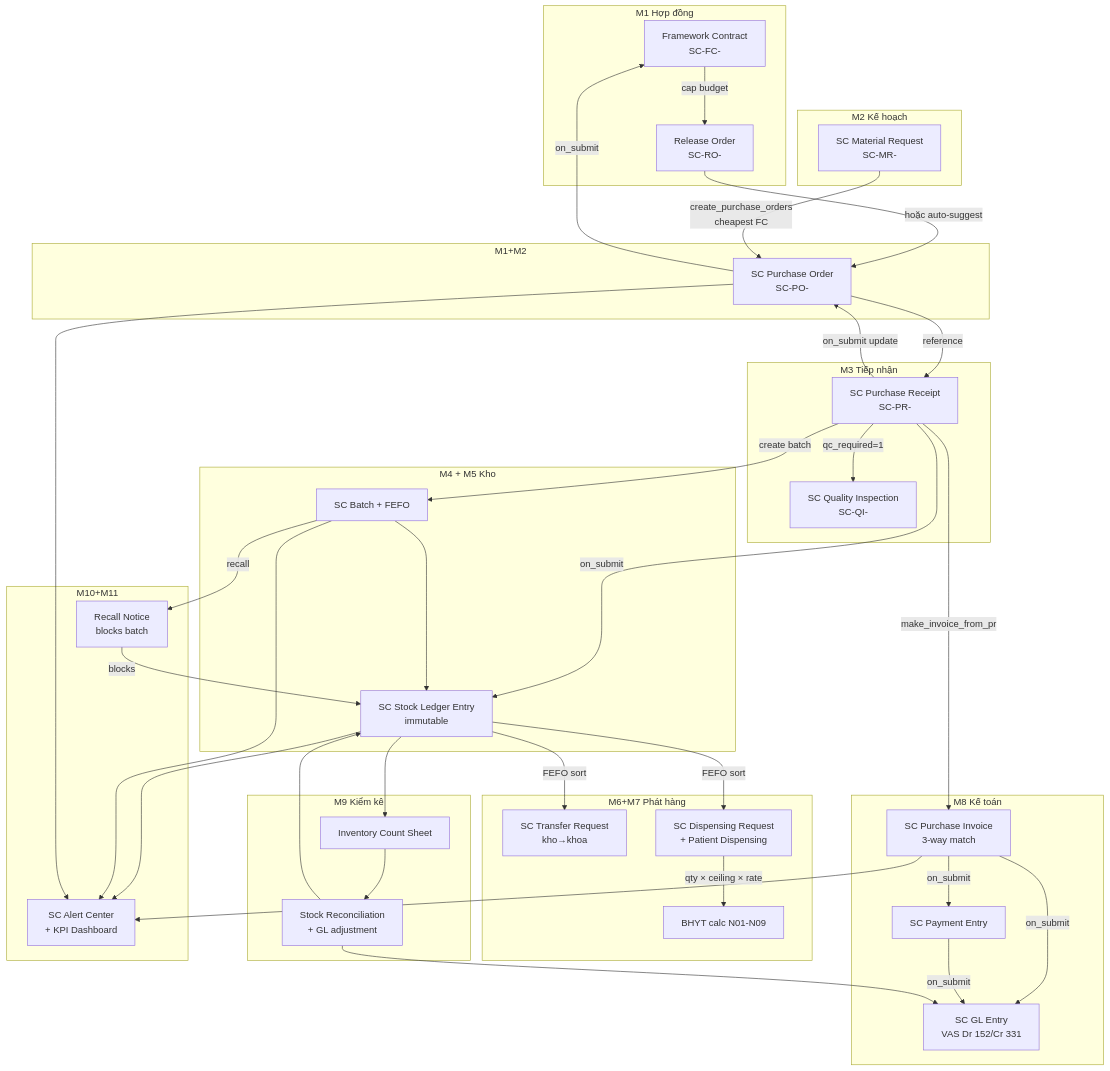
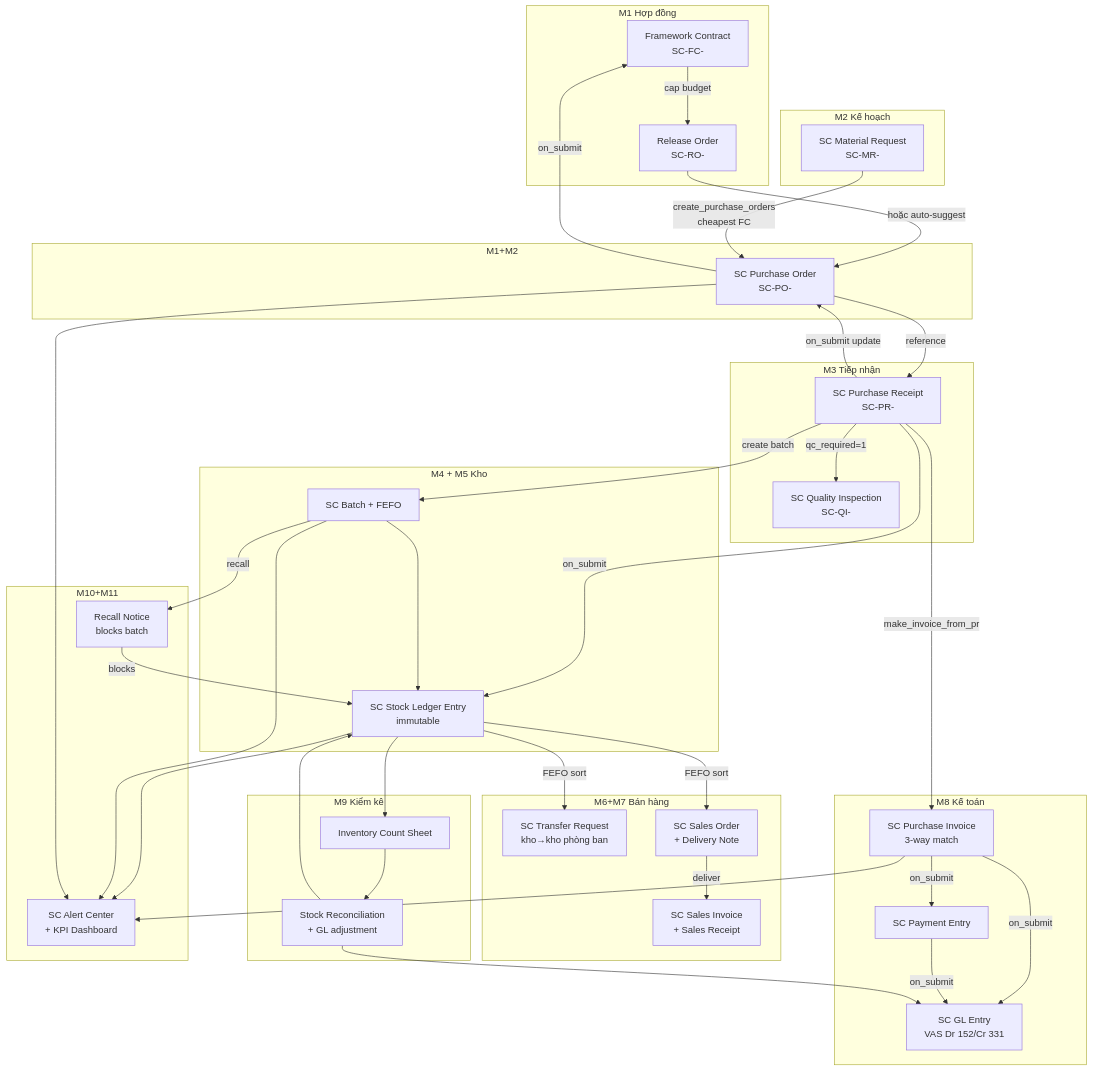
The diagram in FLOW.md (mvl26/supplycore), drawn with Mermaid before and after one commit. The commit also changed other lines of this file and 25 other files, not shown here.

First line of the commit message:
chore(mvl): rebrand Miyano + reseed kho/phòng phân phối

````diff
--- a/FLOW.md
+++ b/FLOW.md
@@ -7,75 +7,75 @@
 ```mermaid
 flowchart TD
     subgraph "M1 Hợp đồng"
         FC[Framework Contract<br/>SC-FC-]
         RO[Release Order<br/>SC-RO-]
     end
 
     subgraph "M2 Kế hoạch"
         MR[SC Material Request<br/>SC-MR-]
     end
 
     subgraph "M1+M2"
         PO[SC Purchase Order<br/>SC-PO-]
     end
 
     subgraph "M3 Tiếp nhận"
         PR[SC Purchase Receipt<br/>SC-PR-]
         QI[SC Quality Inspection<br/>SC-QI-]
     end
 
     subgraph "M4 + M5 Kho"
         SLE[SC Stock Ledger Entry<br/>immutable]
         BATCH[SC Batch + FEFO]
     end
 
-    subgraph "M6+M7 Phát hàng"
-        TR[SC Transfer Request<br/>kho→khoa]
-        DR[SC Dispensing Request<br/>+ Patient Dispensing]
-        BHYT[BHYT calc N01-N09]
+    subgraph "M6+M7 Bán hàng"
+        TR[SC Transfer Request<br/>kho→kho phòng ban]
+        SO[SC Sales Order<br/>+ Delivery Note]
+        SI[SC Sales Invoice<br/>+ Sales Receipt]
     end
 
     subgraph "M8 Kế toán"
         PI[SC Purchase Invoice<br/>3-way match]
         PE[SC Payment Entry]
         GL[SC GL Entry<br/>VAS Dr 152/Cr 331]
     end
 
     subgraph "M9 Kiểm kê"
         ICS[Inventory Count Sheet]
         SR[Stock Reconciliation<br/>+ GL adjustment]
     end
 
     subgraph "M10+M11"
         RCL[Recall Notice<br/>blocks batch]
         ALERT[SC Alert Center<br/>+ KPI Dashboard]
     end
 
     FC -->|cap budget| RO
     RO -->|hoặc auto-suggest| PO
     MR -->|create_purchase_orders<br/>cheapest FC| PO
     PO -->|on_submit| FC
     PO -->|reference| PR
     PR -->|on_submit| SLE
     PR -->|qc_required=1| QI
     PR -->|on_submit update| PO
     PR -->|make_invoice_from_pr| PI
     PR -->|create batch| BATCH
     BATCH --> SLE
     SLE -->|FEFO sort| TR
-    SLE -->|FEFO sort| DR
-    DR -->|qty × ceiling × rate| BHYT
+    SLE -->|FEFO sort| SO
+    SO -->|deliver| SI
     PI -->|on_submit| GL
     PI -->|on_submit| PE
     PE -->|on_submit| GL
     SLE --> ICS
     ICS --> SR
     SR --> SLE
     SR --> GL
     BATCH -->|recall| RCL
     RCL -->|blocks| SLE
     SLE --> ALERT
     BATCH --> ALERT
     PO --> ALERT
     PI --> ALERT
 ```
````
